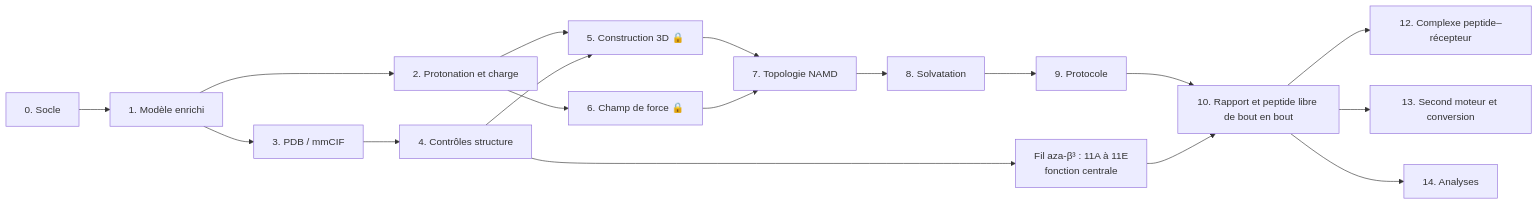
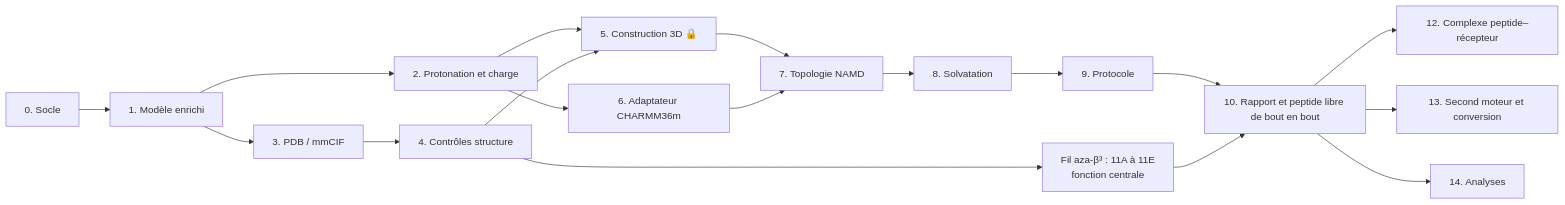
The diagram in docs/PLAN-CONSTRUCTION.md (Hfiras7/Pepforge), drawn with Mermaid before and after one commit. The commit also changed other lines of this file and 2 other files, not shown here.

First line of the commit message:
Précise la voie CHARMM/NAMD et le volet radiométal

````diff
--- a/docs/PLAN-CONSTRUCTION.md
+++ b/docs/PLAN-CONSTRUCTION.md
@@ -20,18 +20,18 @@
 ```mermaid
 flowchart LR
     E0[0. Socle] --> E1[1. Modèle enrichi]
     E1 --> E2[2. Protonation et charge]
     E1 --> E3[3. PDB / mmCIF]
     E3 --> E4[4. Contrôles structure]
     E2 & E4 --> E5["5. Construction 3D 🔒"]
-    E2 --> E6["6. Champ de force 🔒"]
+    E2 --> E6[6. Adaptateur CHARMM36m]
     E5 & E6 --> E7["7. Topologie NAMD"]
     E7 --> E8[8. Solvatation]
     E8 --> E9[9. Protocole]
     E9 --> E10[10. Rapport et peptide libre de bout en bout]
     E4 --> E11["Fil aza-β³ : 11A à 11E<br/>fonction centrale"]
     E11 --> E10
     E10 --> E12[12. Complexe peptide–récepteur]
     E10 --> E13[13. Second moteur et conversion]
     E10 --> E14[14. Analyses]
 ```
````
